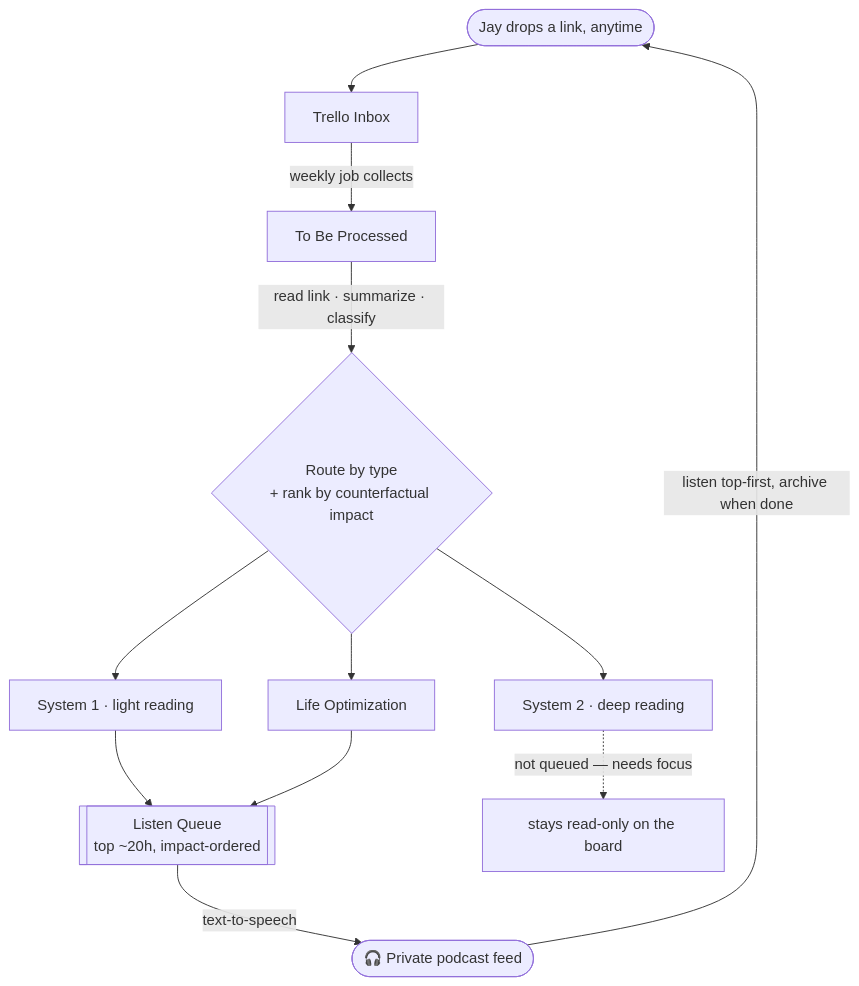
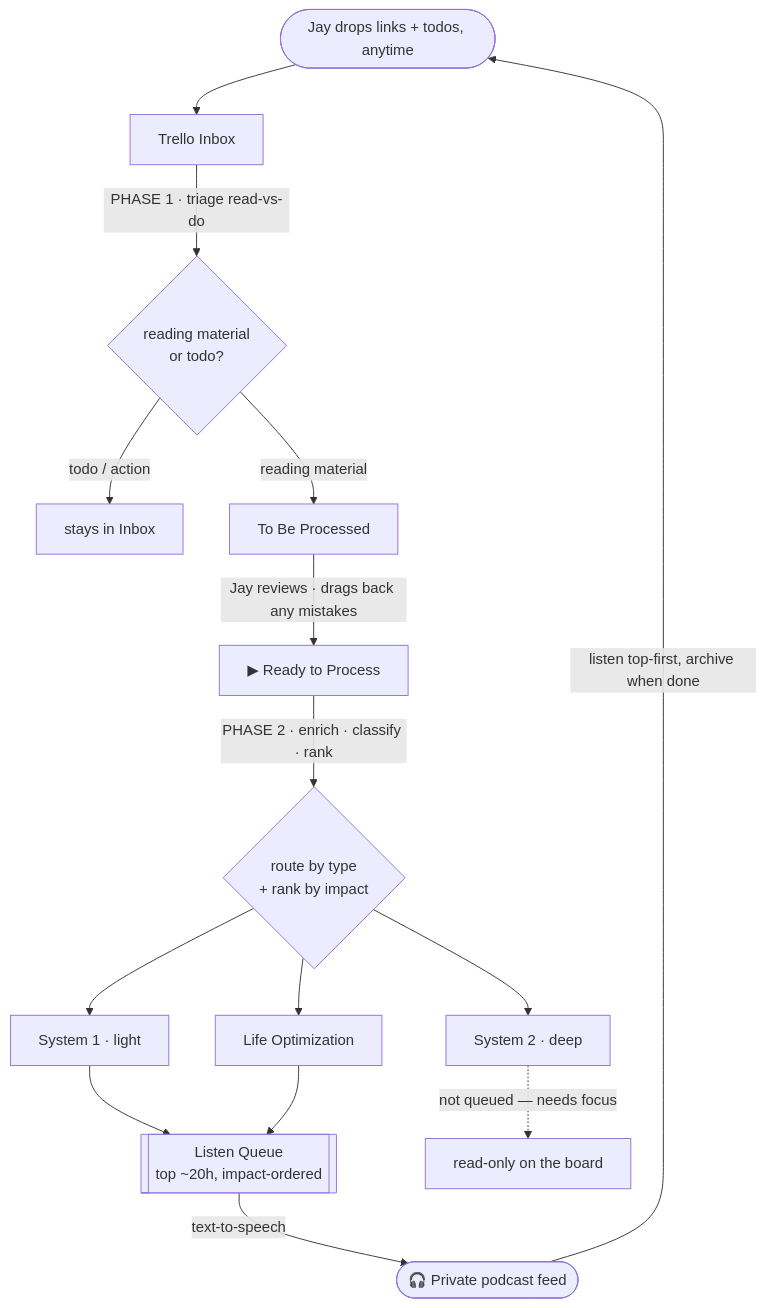
One commit to jeqcho/automated-counterfactual-podcast changed the diagram in README.md. Above: the diagram before and after it, drawn with Mermaid. The commit also changed other lines of this file and 2 other files, not shown here.

Commit message:
docs: document two-phase intake (README diagram, CLAUDE.md, runbook)

````diff
--- a/README.md
+++ b/README.md
@@ -22,14 +22,17 @@
 ```mermaid
 flowchart TD
-    Jay(["Jay drops a link, anytime"]) --> Inbox["Trello Inbox"]
-    Inbox -->|"weekly job collects"| TBP["To Be Processed"]
-    TBP -->|"read link · summarize · classify"| Route{"Route by type<br/>+ rank by counterfactual impact"}
-    Route --> S1["System 1 · light reading"]
-    Route --> S2["System 2 · deep reading"]
+    Jay(["Jay drops links + todos, anytime"]) --> Inbox["Trello Inbox"]
+    Inbox -->|"PHASE 1 · triage read-vs-do"| Split{"reading material<br/>or todo?"}
+    Split -->|"todo / action"| Stay["stays in Inbox"]
+    Split -->|"reading material"| TBP["To Be Processed"]
+    TBP -->|"Jay reviews · drags back any mistakes"| Ready["▶ Ready to Process"]
+    Ready -->|"PHASE 2 · enrich · classify · rank"| Route{"route by type<br/>+ rank by impact"}
+    Route --> S1["System 1 · light"]
+    Route --> S2["System 2 · deep"]
     Route --> LO["Life Optimization"]
     S1 --> Q[["Listen Queue<br/>top ~20h, impact-ordered"]]
     LO --> Q
-    S2 -.->|"not queued — needs focus"| RO["stays read-only on the board"]
+    S2 -.->|"not queued — needs focus"| RO["read-only on the board"]
     Q -->|"text-to-speech"| Feed(["🎧 Private podcast feed"])
     Feed -->|"listen top-first, archive when done"| Jay
 ```
````
